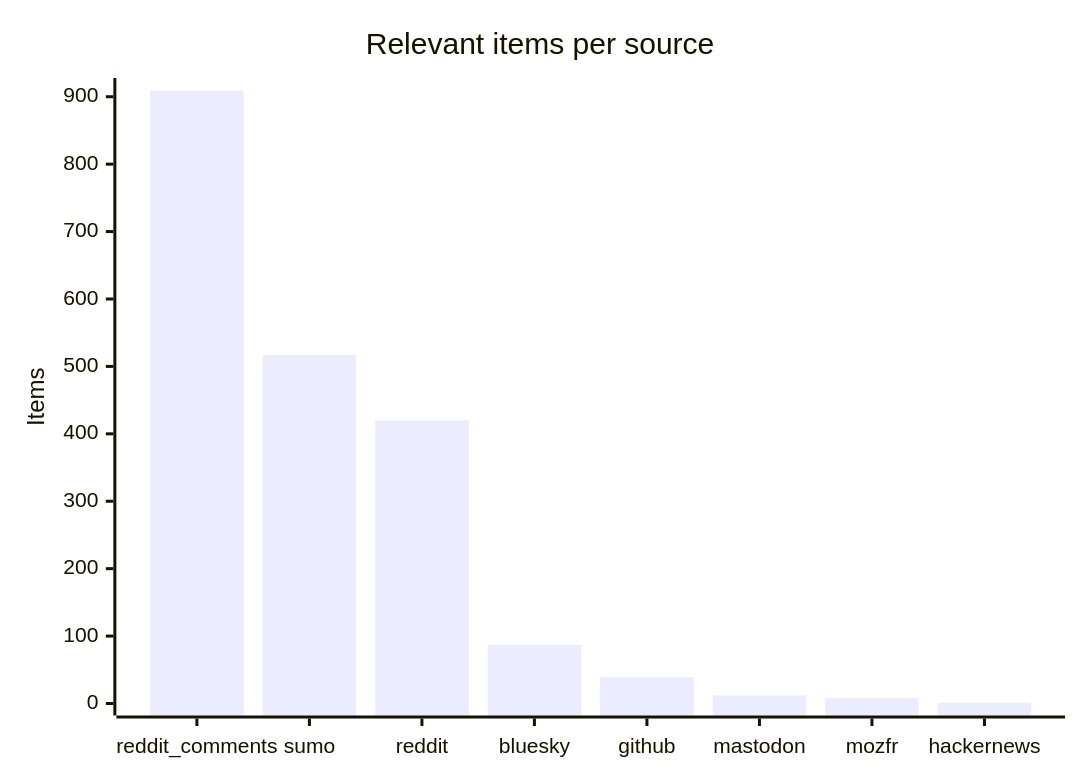
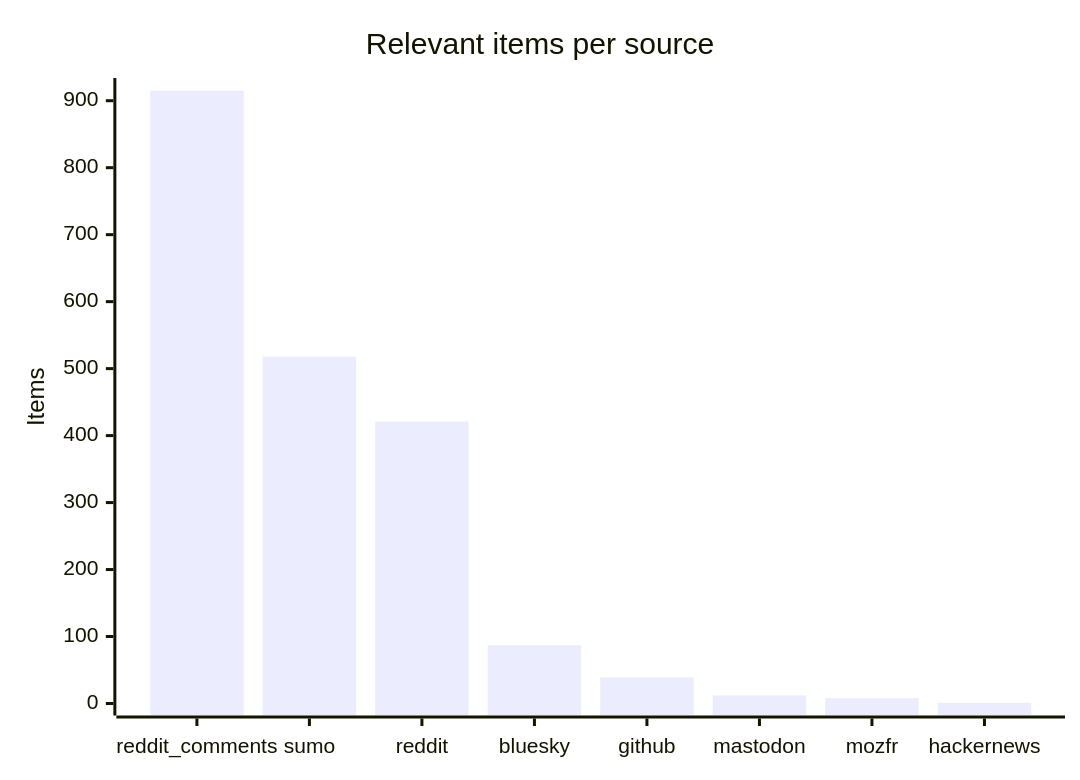
The third of 4 diagrams in README.md (martinbalfanz/social-scanner-reports), drawn with Mermaid before and after one commit. The commit also changed other lines of this file and 4 other files, not shown here.

````diff
--- a/README.md
+++ b/README.md
@@ -48,7 +48,7 @@
 ```mermaid
 xychart-beta
     title "Relevant items per source"
     x-axis ["reddit_comments", "sumo", "reddit", "bluesky", "github", "mastodon", "mozfr", "hackernews"]
-    y-axis "Items" 0 --> 910
-    bar [909, 517, 420, 87, 39, 12, 8, 1]
+    y-axis "Items" 0 --> 916
+    bar [915, 518, 421, 87, 39, 12, 8, 1]
 ```
````
